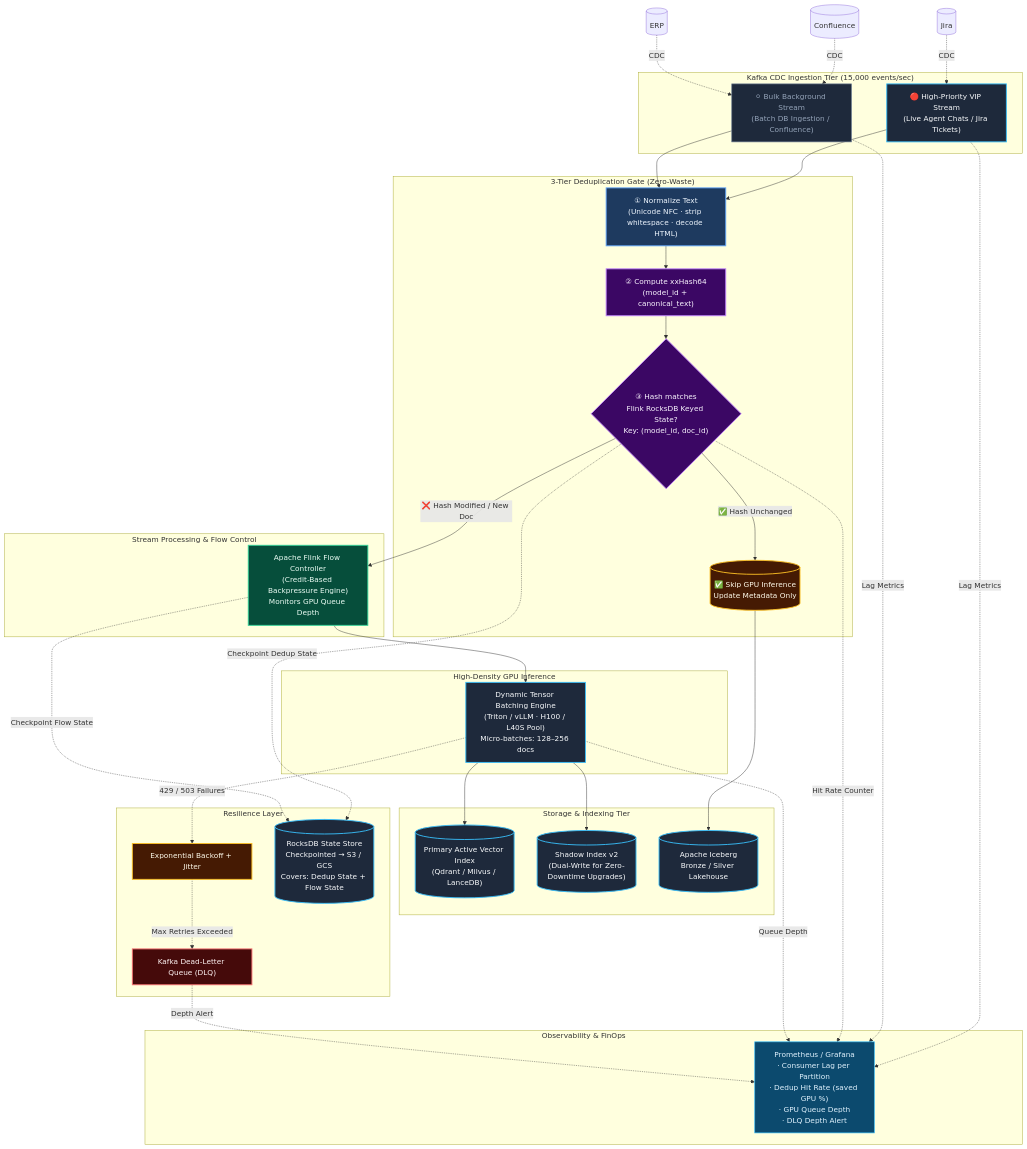
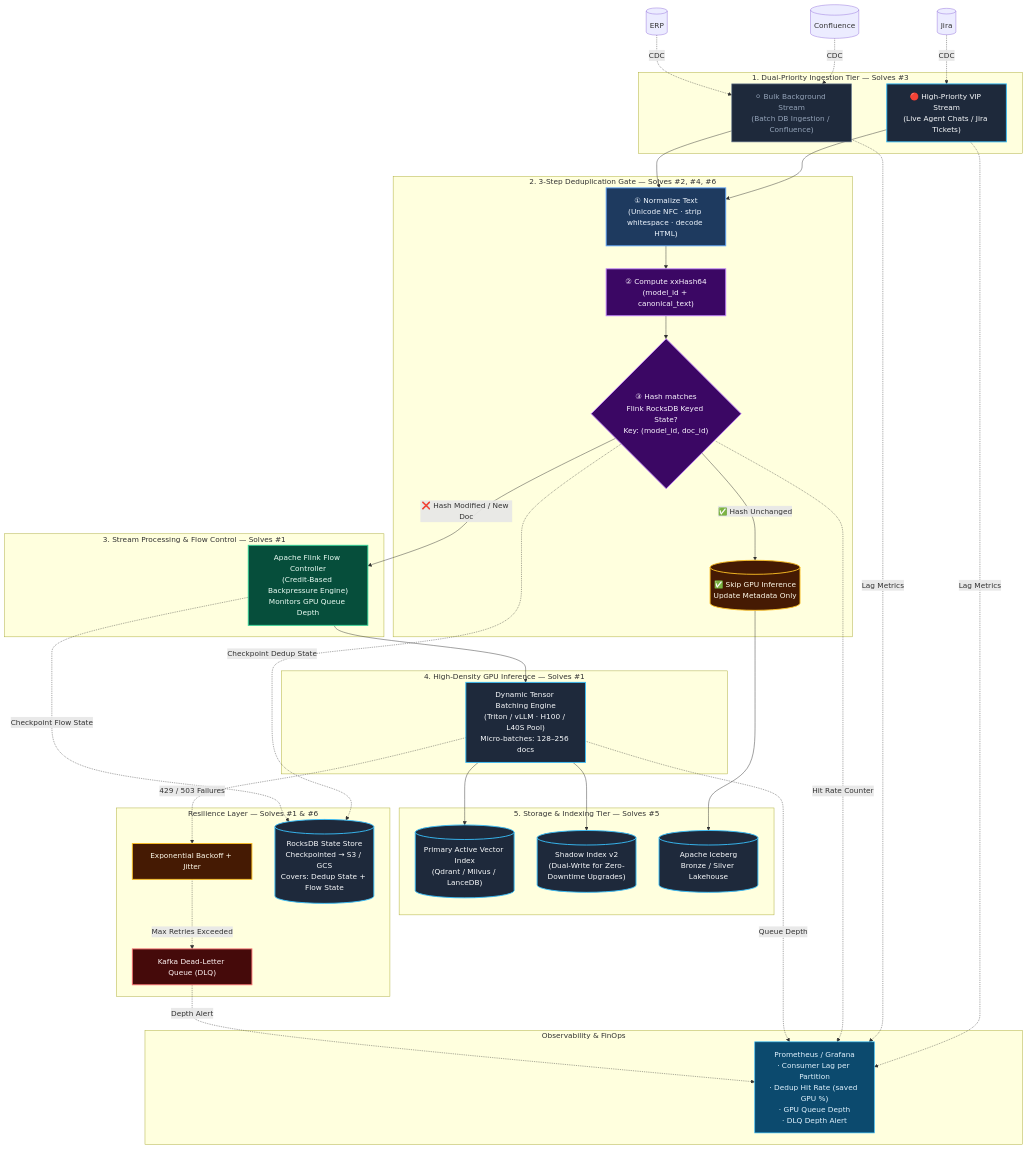
Before and after one commit to toanbui626391/data_ai_engineer: the diagram in docs/architecture/ingestion_pipeline.md, drawn with Mermaid. The commit also changed other lines of this file and 1 other file, not shown here.

```diff
--- a/docs/architecture/ingestion_pipeline.md
+++ b/docs/architecture/ingestion_pipeline.md
@@ -29,13 +62,13 @@
     style Metrics   fill:#0c4a6e,stroke:#38bdf8,stroke-width:1.5px,color:#e0f2fe
 
     %% ── Tier 1: Dual-Priority Kafka Ingestion ───────────────────────────────
-    subgraph Ingestion ["Kafka CDC Ingestion Tier (15,000 events/sec)"]
+    subgraph Ingestion ["1. Dual-Priority Ingestion Tier — Solves #3"]
         K_VIP["🔴 High-Priority VIP Stream<br/>(Live Agent Chats / Jira Tickets)"]
         K_Bulk["⚪ Bulk Background Stream<br/>(Batch DB Ingestion / Confluence)"]
     end
 
     %% ── Tier 2: Deduplication Gate ──────────────────────────────────────────
-    subgraph Deduplication ["3-Tier Deduplication Gate (Zero-Waste)"]
+    subgraph Deduplication ["2. 3-Step Deduplication Gate — Solves #2, #4, #6"]
         Normalize["① Normalize Text<br/>(Unicode NFC · strip whitespace · decode HTML)"]
         HashCalc["② Compute xxHash64<br/>(model_id + canonical_text)"]
         StateLookup{"③ Hash matches<br/>Flink RocksDB Keyed State?<br/>Key: (model_id, doc_id)"}
@@ -43,24 +76,24 @@
     end
 
     %% ── Tier 3: Stream Processing & Flow Control ─────────────────────────────
-    subgraph StreamProcessing ["Stream Processing & Flow Control"]
+    subgraph StreamProcessing ["3. Stream Processing & Flow Control — Solves #1"]
         Controller["Apache Flink Flow Controller<br/>(Credit-Based Backpressure Engine)<br/>Monitors GPU Queue Depth"]
     end
 
     %% ── Tier 4: GPU Inference ────────────────────────────────────────────────
-    subgraph Inference ["High-Density GPU Inference"]
+    subgraph Inference ["4. High-Density GPU Inference — Solves #1"]
         Triton["Dynamic Tensor Batching Engine<br/>(Triton / vLLM · H100 / L40S Pool)<br/>Micro-batches: 128–256 docs"]
     end
 
     %% ── Tier 5: Storage ──────────────────────────────────────────────────────
-    subgraph Storage ["Storage & Indexing Tier"]
+    subgraph Storage ["5. Storage & Indexing Tier — Solves #5"]
         V_Active[("Primary Active Vector Index<br/>(Qdrant / Milvus / LanceDB)")]
         V_Shadow[("Shadow Index v2<br/>(Dual-Write for Zero-Downtime Upgrades)")]
         Iceberg[("Apache Iceberg<br/>Bronze / Silver Lakehouse")]
     end
 
     %% ── Resilience Layer ─────────────────────────────────────────────────────
-    subgraph Reliability ["Resilience Layer"]
+    subgraph Reliability ["Resilience Layer — Solves #1 & #6"]
         Retry["Exponential Backoff + Jitter"]
         DLQ["Kafka Dead-Letter Queue (DLQ)"]
         RocksDB[("RocksDB State Store<br/>Checkpointed → S3 / GCS<br/>Covers: Dedup State + Flow State")]
```
